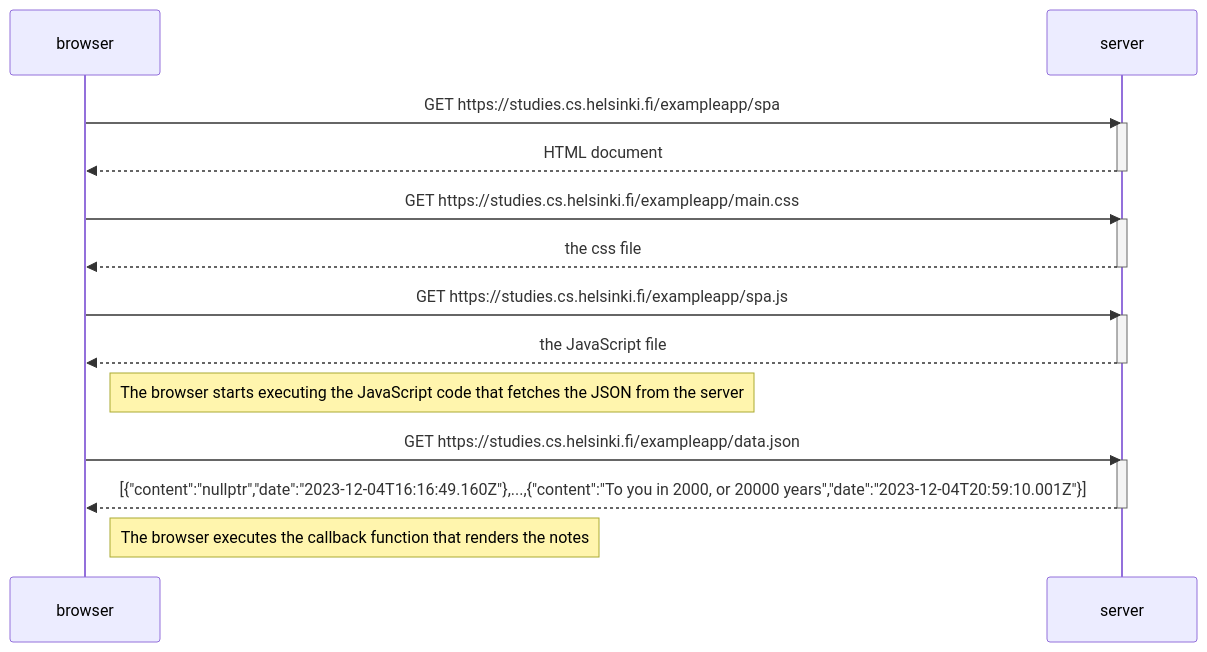
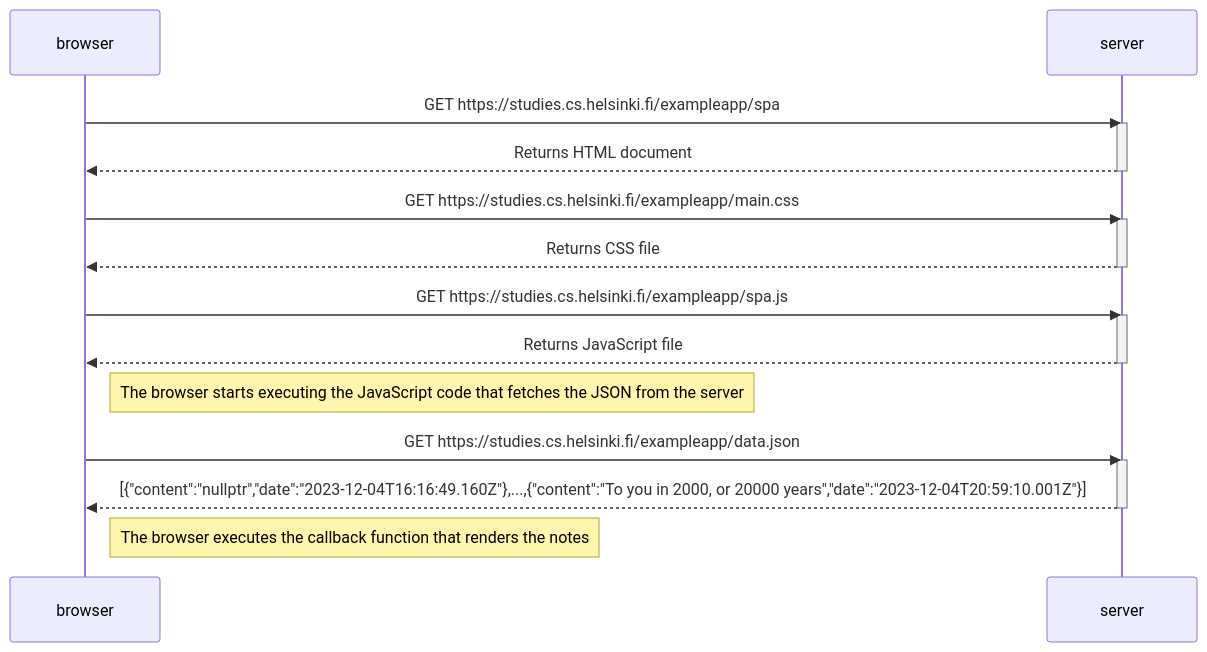
Before and after one commit to dtuukkanen/FullStackOpen: the diagram in osa0/T5.md, drawn with Mermaid. The commit also changed other lines of this file, not shown here.

````diff
--- a/osa0/T5.md
+++ b/osa0/T5.md
@@ -1,29 +4,29 @@
 ```mermaid
 sequenceDiagram
     participant browser
     participant server
 
     browser->>server: GET https://studies.cs.helsinki.fi/exampleapp/spa
     activate server
-    server-->>browser: HTML document
+    server-->>browser: Returns HTML document
     deactivate server
 
     browser->>server: GET https://studies.cs.helsinki.fi/exampleapp/main.css
     activate server
-    server-->>browser: the css file
+    server-->>browser: Returns CSS file
     deactivate server
 
     browser->>server: GET https://studies.cs.helsinki.fi/exampleapp/spa.js
     activate server
-    server-->>browser: the JavaScript file
+    server-->>browser: Returns JavaScript file
     deactivate server
 
     Note right of browser: The browser starts executing the JavaScript code that fetches the JSON from the server
 
     browser->>server: GET https://studies.cs.helsinki.fi/exampleapp/data.json
     activate server
     server-->>browser: [{"content":"nullptr","date":"2023-12-04T16:16:49.160Z"},...,{"content":"To you in 2000, or 20000 years","date":"2023-12-04T20:59:10.001Z"}]
     deactivate server
 
     Note right of browser: The browser executes the callback function that renders the notes
 ```
````
